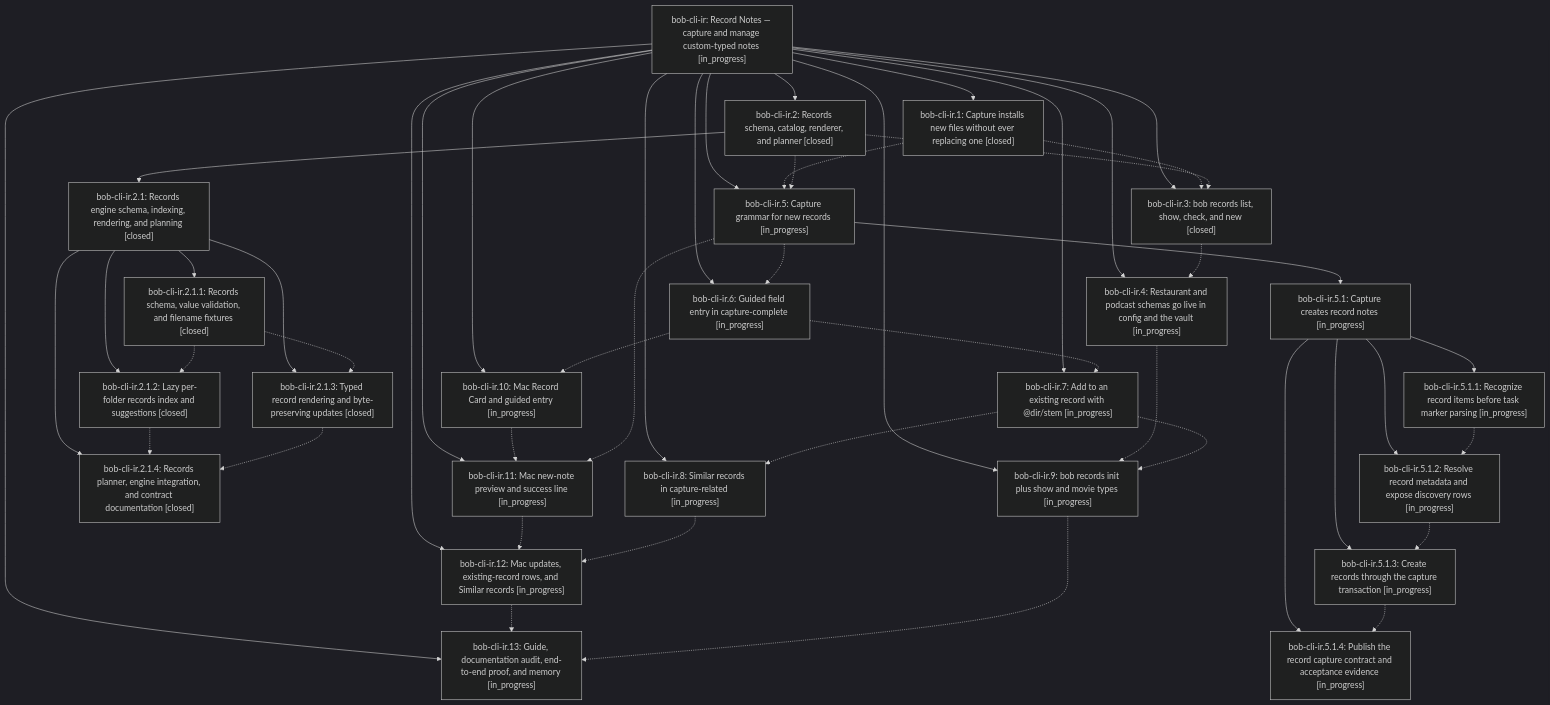
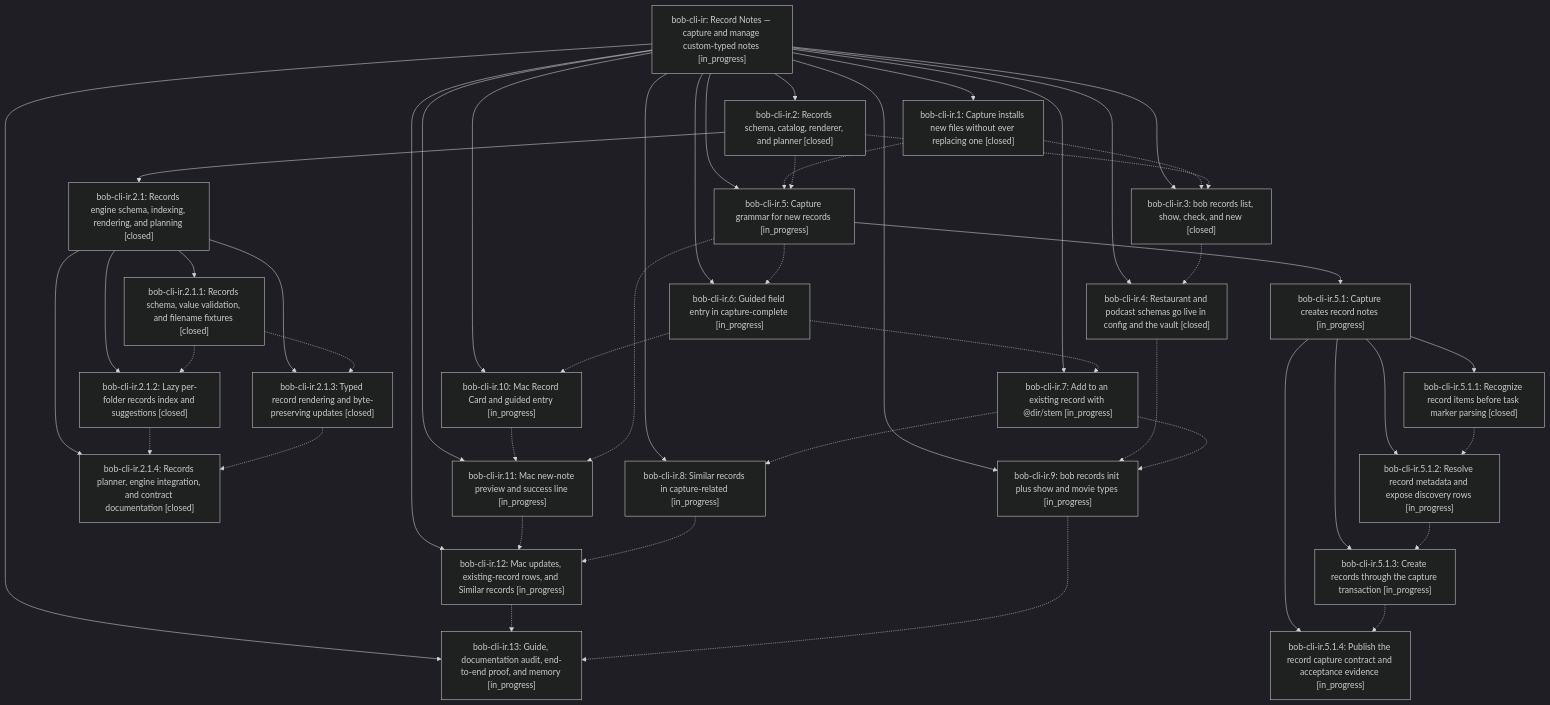
Before and after one commit to bobs-org/bob-cli--beads: the diagram in pages/bob-cli-ir/README.md, drawn with Mermaid (dark theme). The commit also changed other lines of this file and 5 other files, not shown here.

First line of the commit message:
chore(beads): sync bead state and pages for bob-cli-ir

````diff
--- a/pages/bob-cli-ir/README.md
+++ b/pages/bob-cli-ir/README.md
@@ -52,74 +52,74 @@
 ```mermaid
 flowchart TD
     n0["bob-cli-ir: Record Notes — capture and manage custom-typed notes [in_progress]"]
     n1["bob-cli-ir.1: Capture installs new files without ever replacing one [closed]"]
     n2["bob-cli-ir.10: Mac Record Card and guided entry [in_progress]"]
     n3["bob-cli-ir.11: Mac new-note preview and success line [in_progress]"]
     n4["bob-cli-ir.12: Mac updates, existing-record rows, and Similar records [in_progress]"]
     n5["bob-cli-ir.13: Guide, documentation audit, end-to-end proof, and memory [in_progress]"]
     n6["bob-cli-ir.2: Records schema, catalog, renderer, and planner [closed]"]
     n7["bob-cli-ir.2.1: Records engine schema, indexing, rendering, and planning [closed]"]
     n8["bob-cli-ir.2.1.1: Records schema, value validation, and filename fixtures [closed]"]
     n9["bob-cli-ir.2.1.2: Lazy per-folder records index and suggestions [closed]"]
     n10["bob-cli-ir.2.1.3: Typed record rendering and byte-preserving updates [closed]"]
     n11["bob-cli-ir.2.1.4: Records planner, engine integration, and contract documentation [closed]"]
     n12["bob-cli-ir.3: bob records list, show, check, and new [closed]"]
-    n13["bob-cli-ir.4: Restaurant and podcast schemas go live in config and the vault [in_progress]"]
+    n13["bob-cli-ir.4: Restaurant and podcast schemas go live in config and the vault [closed]"]
     n14["bob-cli-ir.5: Capture grammar for new records [in_progress]"]
     n15["bob-cli-ir.5.1: Capture creates record notes [in_progress]"]
-    n16["bob-cli-ir.5.1.1: Recognize record items before task marker parsing [in_progress]"]
+    n16["bob-cli-ir.5.1.1: Recognize record items before task marker parsing [closed]"]
     n17["bob-cli-ir.5.1.2: Resolve record metadata and expose discovery rows [in_progress]"]
     n18["bob-cli-ir.5.1.3: Create records through the capture transaction [in_progress]"]
     n19["bob-cli-ir.5.1.4: Publish the record capture contract and acceptance evidence [in_progress]"]
     n20["bob-cli-ir.6: Guided field entry in capture-complete [in_progress]"]
     n21["bob-cli-ir.7: Add to an existing record with @dir/stem [in_progress]"]
     n22["bob-cli-ir.8: Similar records in capture-related [in_progress]"]
     n23["bob-cli-ir.9: bob records init plus show and movie types [in_progress]"]
     n0 --> n1
     n0 --> n2
     n0 --> n3
     n0 --> n4
     n0 --> n5
     n0 --> n6
     n6 --> n7
     n7 --> n8
     n7 --> n9
     n7 --> n10
     n7 --> n11
     n0 --> n12
     n0 --> n13
     n0 --> n14
     n14 --> n15
     n15 --> n16
     n15 --> n17
     n15 --> n18
     n15 --> n19
     n0 --> n20
     n0 --> n21
     n0 --> n22
     n0 --> n23
     n1 -.-> n12
     n1 -.-> n14
     n2 -.-> n3
     n3 -.-> n4
     n4 -.-> n5
     n6 -.-> n12
     n6 -.-> n14
     n8 -.-> n9
     n8 -.-> n10
     n9 -.-> n11
     n10 -.-> n11
     n12 -.-> n13
     n13 -.-> n23
     n14 -.-> n3
     n14 -.-> n20
     n16 -.-> n17
     n17 -.-> n18
     n18 -.-> n19
     n20 -.-> n2
     n20 -.-> n21
     n21 -.-> n22
     n21 -.-> n23
     n22 -.-> n4
     n23 -.-> n5
 ```
````
